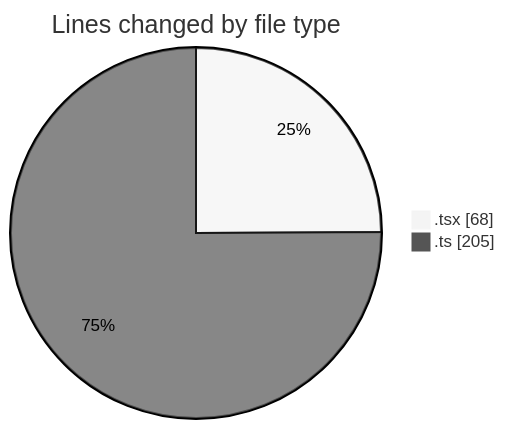
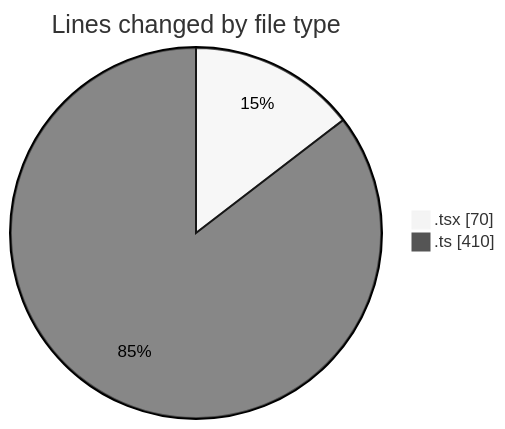
The first of 2 diagrams in 2026-03-26/cda/README.md (momahboobian/code-tracking), drawn with Mermaid (neutral theme) before and after one commit. The commit also changed other lines of this file and 1 other file, not shown here.

````diff
--- a/2026-03-26/cda/README.md
+++ b/2026-03-26/cda/README.md
@@ -21,6 +22,6 @@
 ```mermaid
 pie showData
 title Lines changed by file type
-".tsx" : 68
-".ts" : 205
+".tsx" : 70
+".ts" : 410
 ```
````
